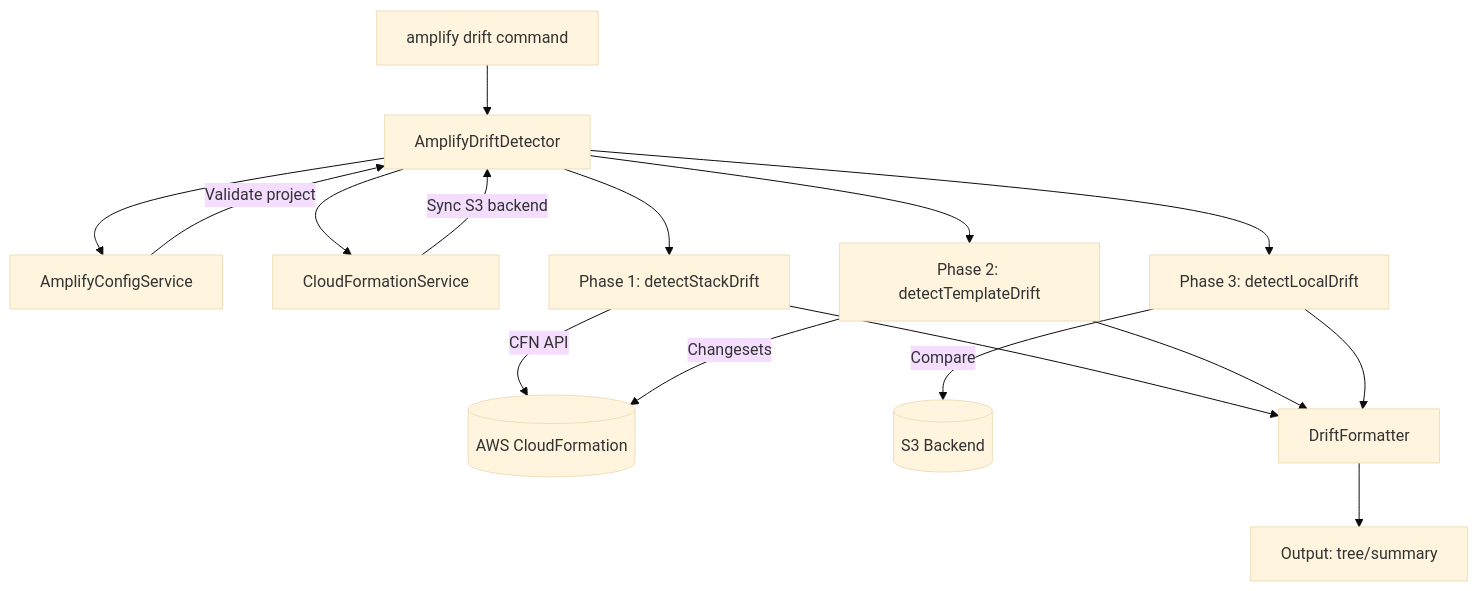
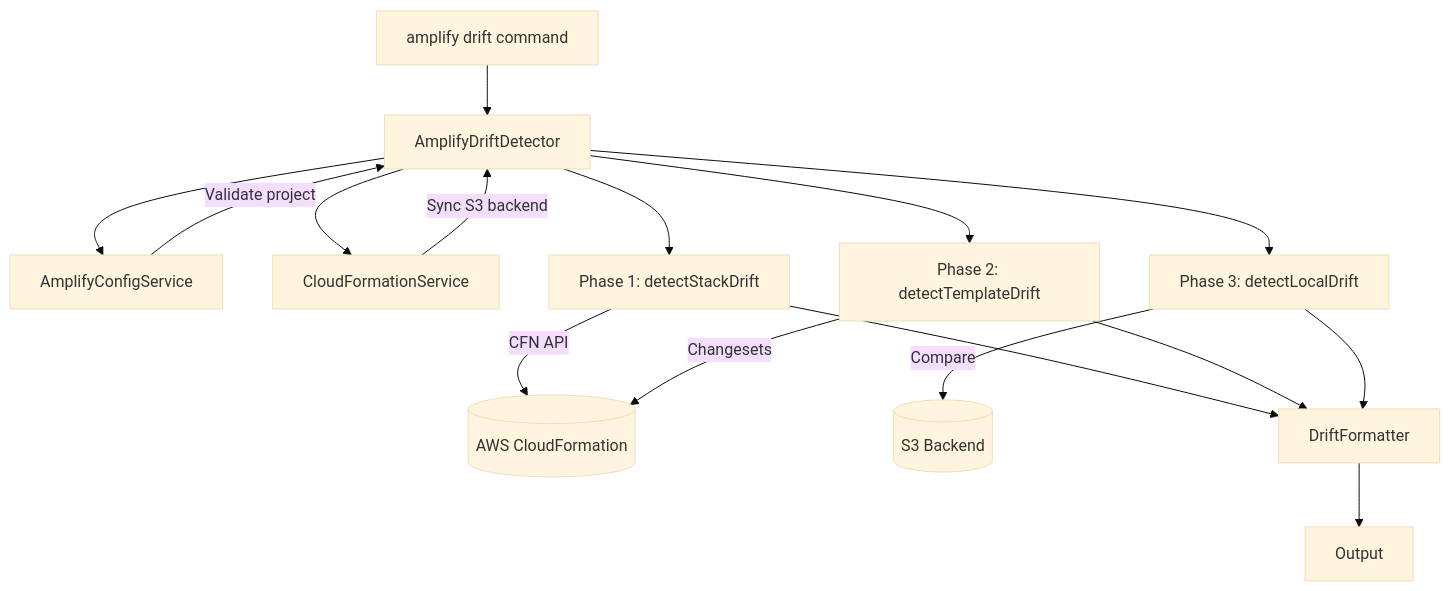
The first of 2 diagrams in docs/amplify-cli/src/drift.md (aws-amplify/amplify-cli), drawn with Mermaid (base theme) before and after one commit. The commit also changed other lines of this file, not shown here.

````diff
--- a/docs/amplify-cli/src/drift.md
+++ b/docs/amplify-cli/src/drift.md
@@ -31,23 +29,23 @@
 ```mermaid
 flowchart TD
     CLI[amplify drift command] --> AD[AmplifyDriftDetector]
     AD --> ACS[AmplifyConfigService]
     AD --> CFS[CloudFormationService]
     
     ACS -->|Validate project| AD
     CFS -->|Sync S3 backend| AD
     
     AD --> P1[Phase 1: detectStackDrift]
     AD --> P2[Phase 2: detectTemplateDrift]
     AD --> P3[Phase 3: detectLocalDrift]
     
     P1 -->|CFN API| AWS[(AWS CloudFormation)]
     P2 -->|Changesets| AWS
     P3 -->|Compare| S3[(S3 Backend)]
     
     P1 --> DF[DriftFormatter]
     P2 --> DF
     P3 --> DF
     
-    DF --> OUT[Output: tree/summary]
+    DF --> OUT[Output]
 ```
````
